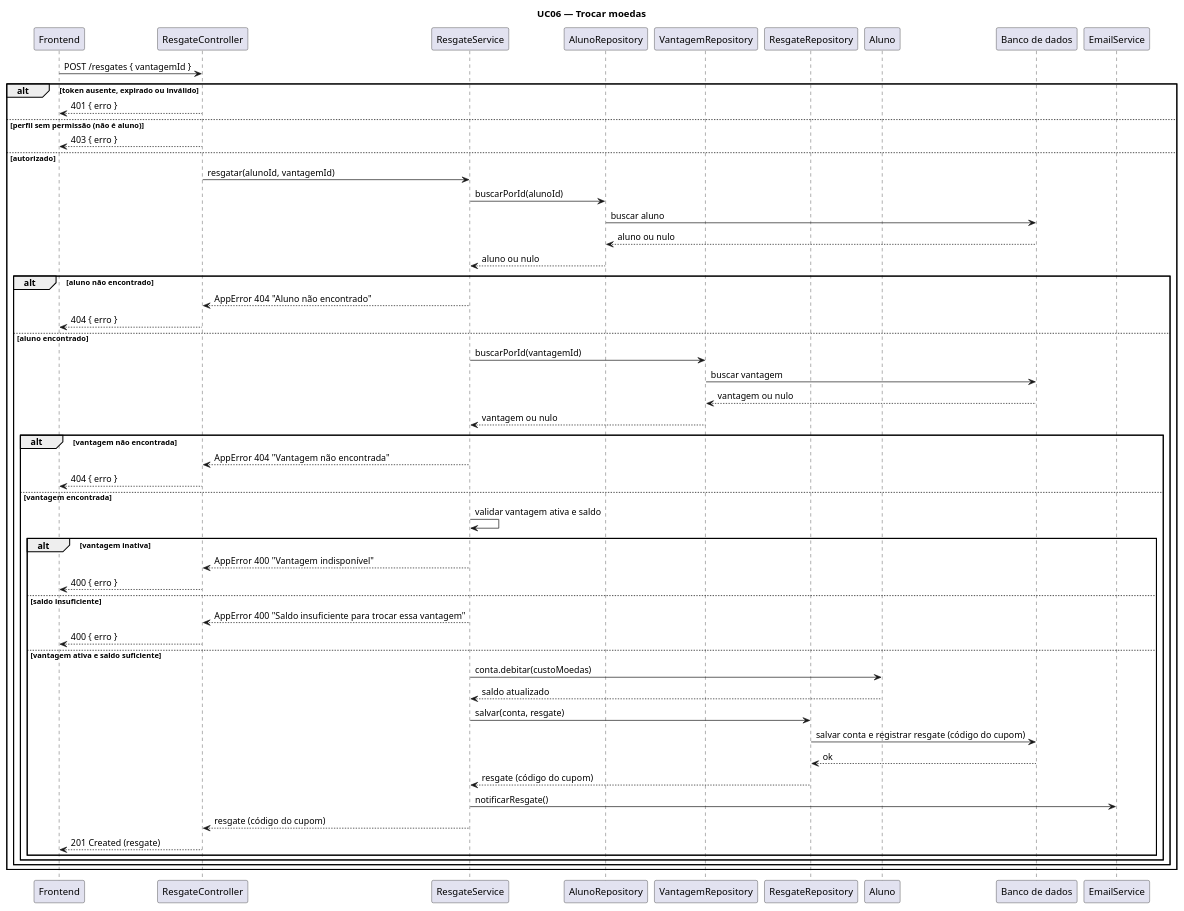
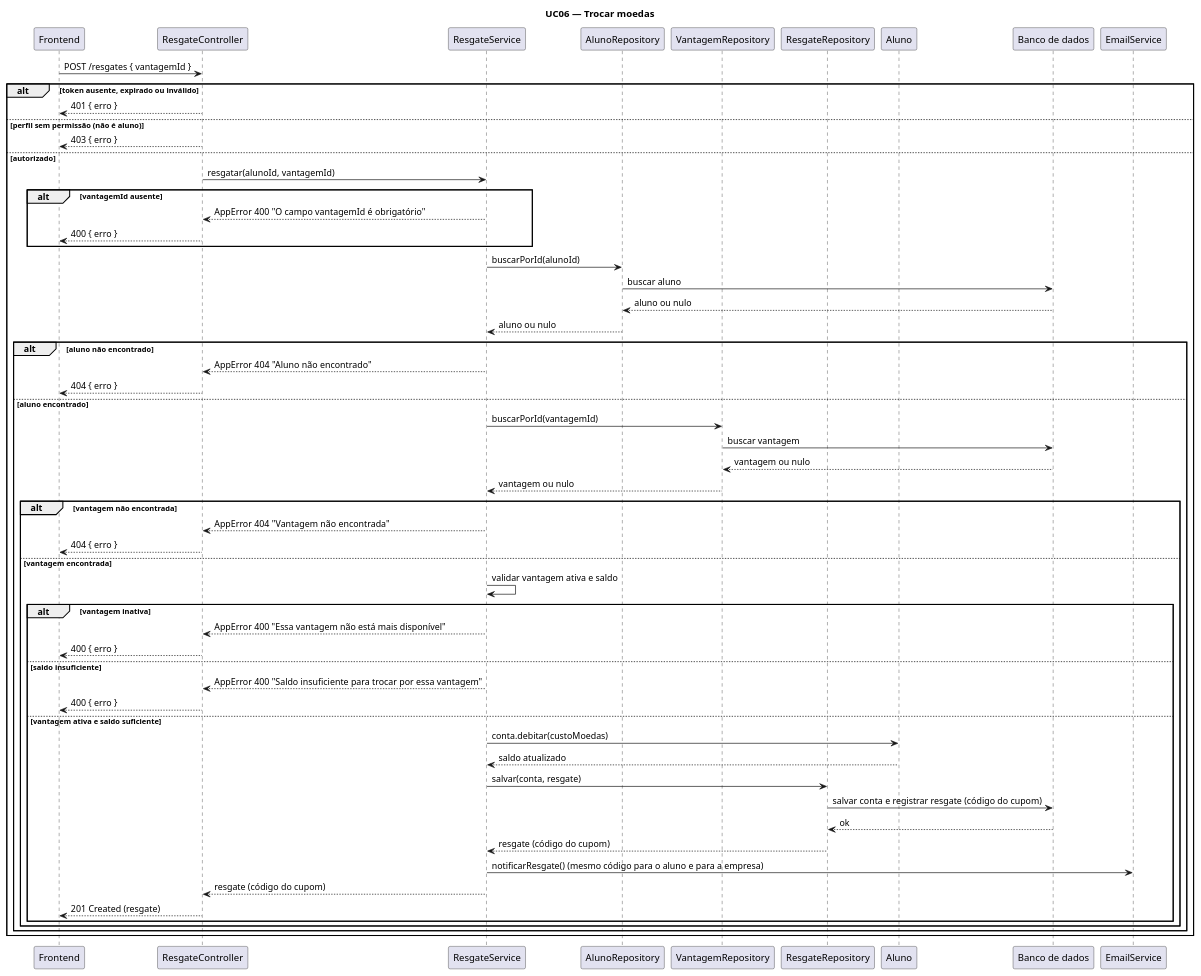
The diagram in docs/diagramas/sequencia/uc06-trocar-moedas.puml (brunokilo/lab03-projetoSoftware), drawn with PlantUML before and after one commit.

Commit message:
docs: pequena correcao no diagrama 06

```diff
--- a/docs/diagramas/sequencia/uc06-trocar-moedas.puml
+++ b/docs/diagramas/sequencia/uc06-trocar-moedas.puml
@@ -1,59 +1,63 @@
 @startuml sequencia_trocar_moedas
 title UC06 — Trocar moedas
 
 participant Frontend
 participant ResgateController
 participant ResgateService
 participant AlunoRepository
 participant VantagemRepository
 participant ResgateRepository
 participant "Aluno" as AlunoClasse
 participant "Banco de dados" as BD
 participant EmailService
 
 Frontend -> ResgateController : POST /resgates { vantagemId }
 alt token ausente, expirado ou inválido
   ResgateController --> Frontend : 401 { erro }
 else perfil sem permissão (não é aluno)
   ResgateController --> Frontend : 403 { erro }
 else autorizado
   ResgateController -> ResgateService : resgatar(alunoId, vantagemId)
+  alt vantagemId ausente
+    ResgateService --> ResgateController : AppError 400 "O campo vantagemId é obrigatório"
+    ResgateController --> Frontend : 400 { erro }
+  end
 
   ResgateService -> AlunoRepository : buscarPorId(alunoId)
   AlunoRepository -> BD : buscar aluno
   BD --> AlunoRepository : aluno ou nulo
   AlunoRepository --> ResgateService : aluno ou nulo
   alt aluno não encontrado
     ResgateService --> ResgateController : AppError 404 "Aluno não encontrado"
     ResgateController --> Frontend : 404 { erro }
   else aluno encontrado
     ResgateService -> VantagemRepository : buscarPorId(vantagemId)
     VantagemRepository -> BD : buscar vantagem
     BD --> VantagemRepository : vantagem ou nulo
     VantagemRepository --> ResgateService : vantagem ou nulo
     alt vantagem não encontrada
       ResgateService --> ResgateController : AppError 404 "Vantagem não encontrada"
       ResgateController --> Frontend : 404 { erro }
     else vantagem encontrada
       ResgateService -> ResgateService : validar vantagem ativa e saldo
       alt vantagem inativa
-        ResgateService --> ResgateController : AppError 400 "Vantagem indisponível"
+        ResgateService --> ResgateController : AppError 400 "Essa vantagem não está mais disponível"
         ResgateController --> Frontend : 400 { erro }
       else saldo insuficiente
-        ResgateService --> ResgateController : AppError 400 "Saldo insuficiente para trocar essa vantagem"
+        ResgateService --> ResgateController : AppError 400 "Saldo insuficiente para trocar por essa vantagem"
         ResgateController --> Frontend : 400 { erro }
       else vantagem ativa e saldo suficiente
         ResgateService -> AlunoClasse : conta.debitar(custoMoedas)
         AlunoClasse --> ResgateService : saldo atualizado
         ResgateService -> ResgateRepository : salvar(conta, resgate)
         ResgateRepository -> BD : salvar conta e registrar resgate (código do cupom)
         BD --> ResgateRepository : ok
         ResgateRepository --> ResgateService : resgate (código do cupom)
-        ResgateService -> EmailService : notificarResgate()
+        ResgateService -> EmailService : notificarResgate() (mesmo código para o aluno e para a empresa)
         ResgateService --> ResgateController : resgate (código do cupom)
         ResgateController --> Frontend : 201 Created (resgate)
       end
     end
   end
 end
 @enduml
```
